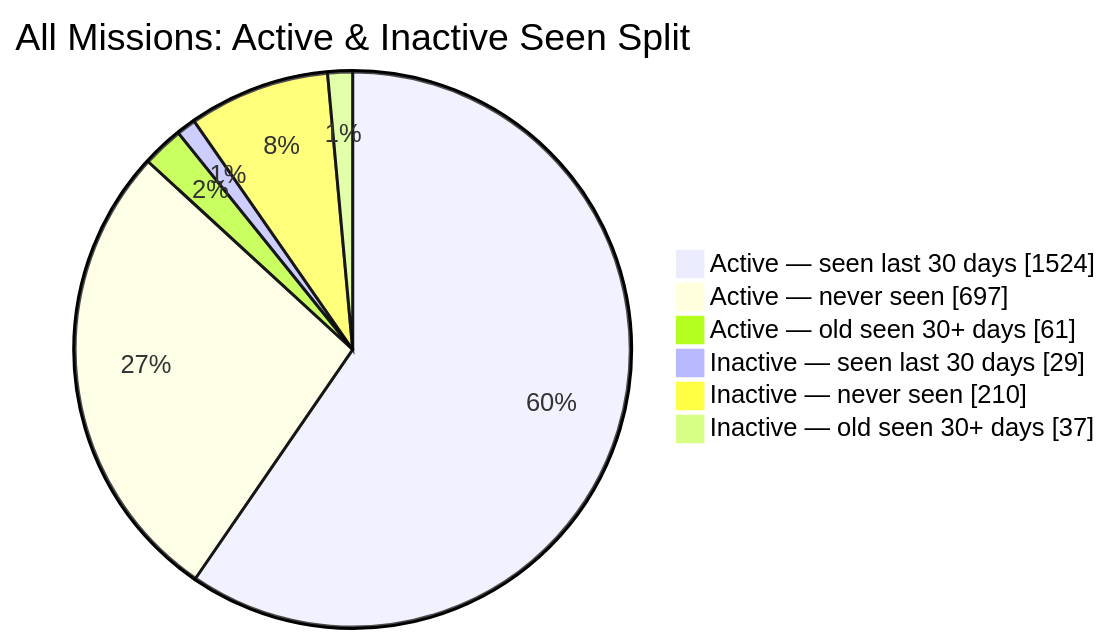
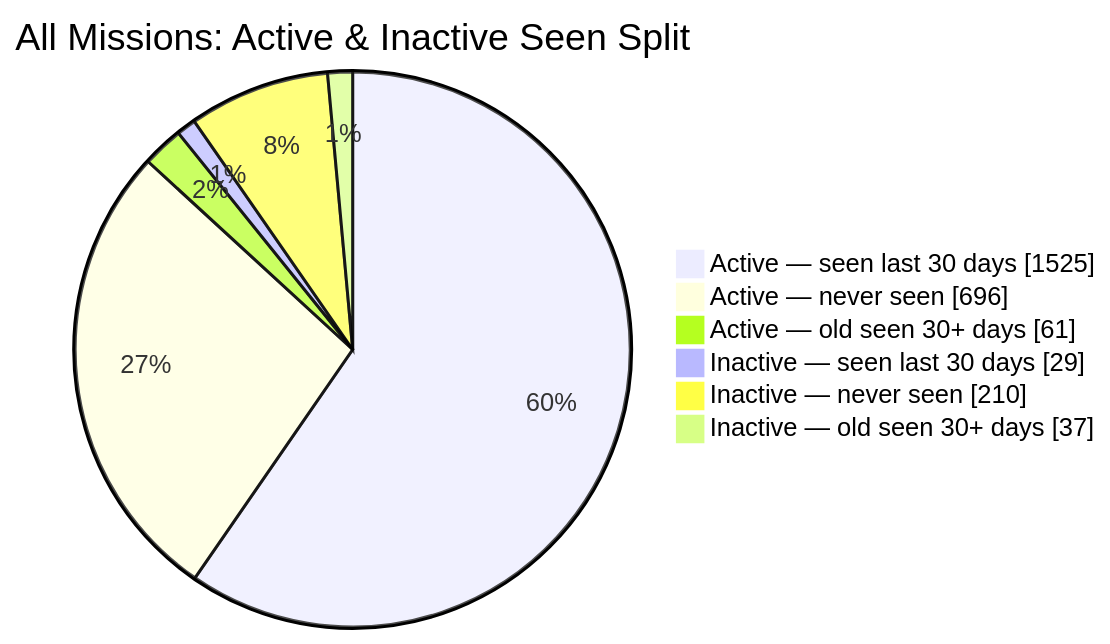
The second of 2 diagrams in README.md (MeldkamerspelGameTeam/active-missions), drawn with Mermaid before and after one commit. The commit also changed other lines of this file and 2 other files, not shown here.

````diff
--- a/README.md
+++ b/README.md
@@ -44,10 +44,10 @@
 ```mermaid
 pie showData
     title All Missions: Active & Inactive Seen Split
-    "Active — seen last 30 days" : 1524
-    "Active — never seen" : 697
+    "Active — seen last 30 days" : 1525
+    "Active — never seen" : 696
     "Active — old seen 30+ days" : 61
     "Inactive — seen last 30 days" : 29
     "Inactive — never seen" : 210
     "Inactive — old seen 30+ days" : 37
 ```
````
